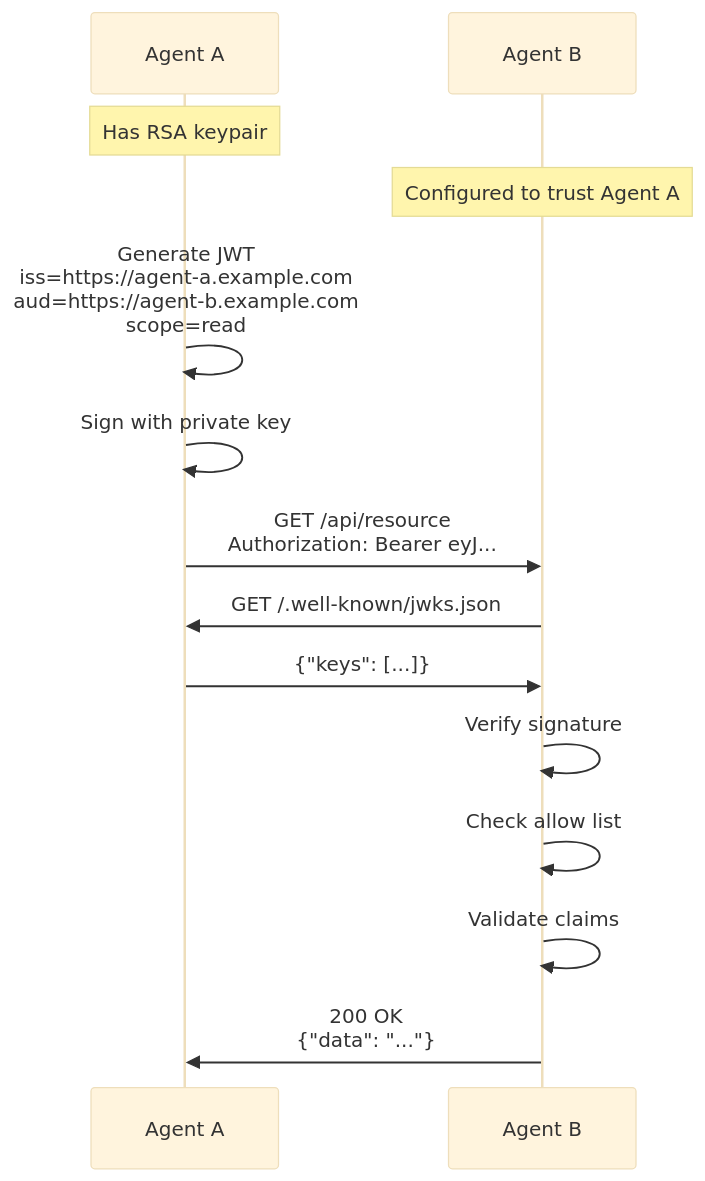
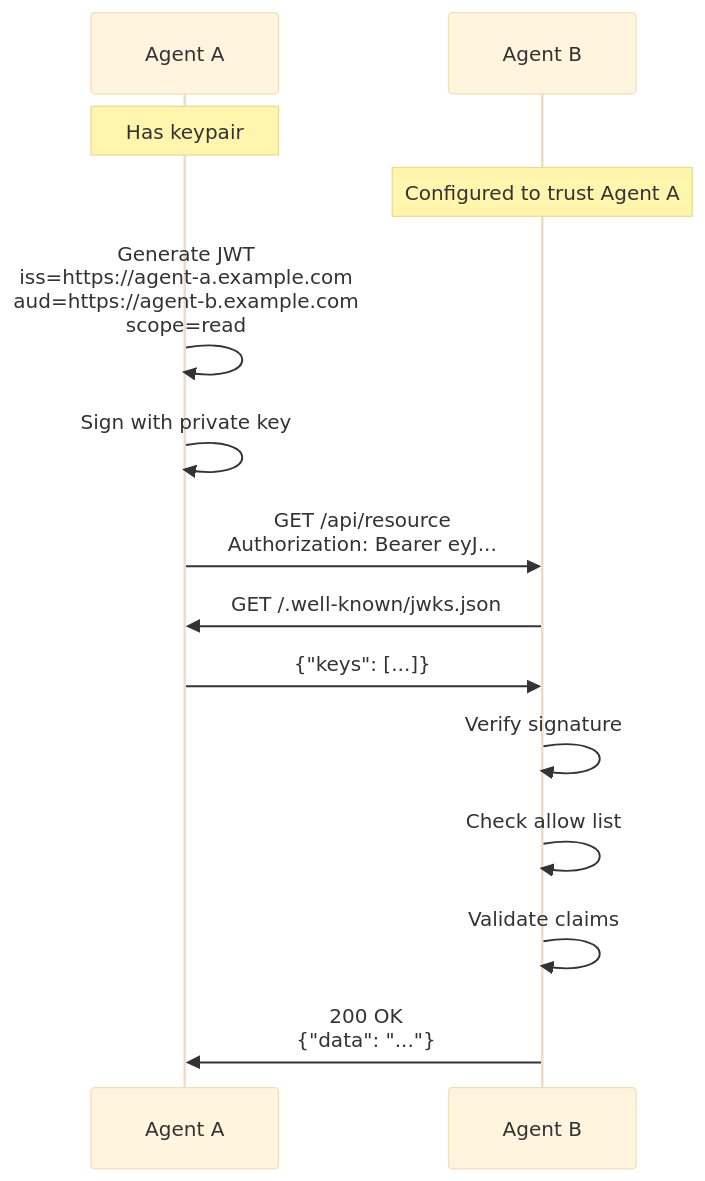
One commit to robutlerai/webagents changed the second of 2 diagrams in docs/protocols/aoauth.md. Above: the diagram before and after it, drawn with Mermaid (base theme). The commit also changed other lines of this file and 13 other files, not shown here.

````diff
--- a/docs/protocols/aoauth.md
+++ b/docs/protocols/aoauth.md
@@ -84,19 +85,19 @@
 ```mermaid
 sequenceDiagram
     participant A as Agent A
     participant B as Agent B
-    
-    Note over A: Has RSA keypair
+
+    Note over A: Has keypair
     Note over B: Configured to trust Agent A
-    
+
     A->>A: Generate JWT<br/>iss=https://agent-a.example.com<br/>aud=https://agent-b.example.com<br/>scope=read
     A->>A: Sign with private key
-    
+
     A->>B: GET /api/resource<br/>Authorization: Bearer eyJ...
     B->>A: GET /.well-known/jwks.json
     A->>B: {"keys": [...]}
     B->>B: Verify signature
     B->>B: Check allow list
     B->>B: Validate claims
     B->>A: 200 OK<br/>{"data": "..."}
 ```
````
